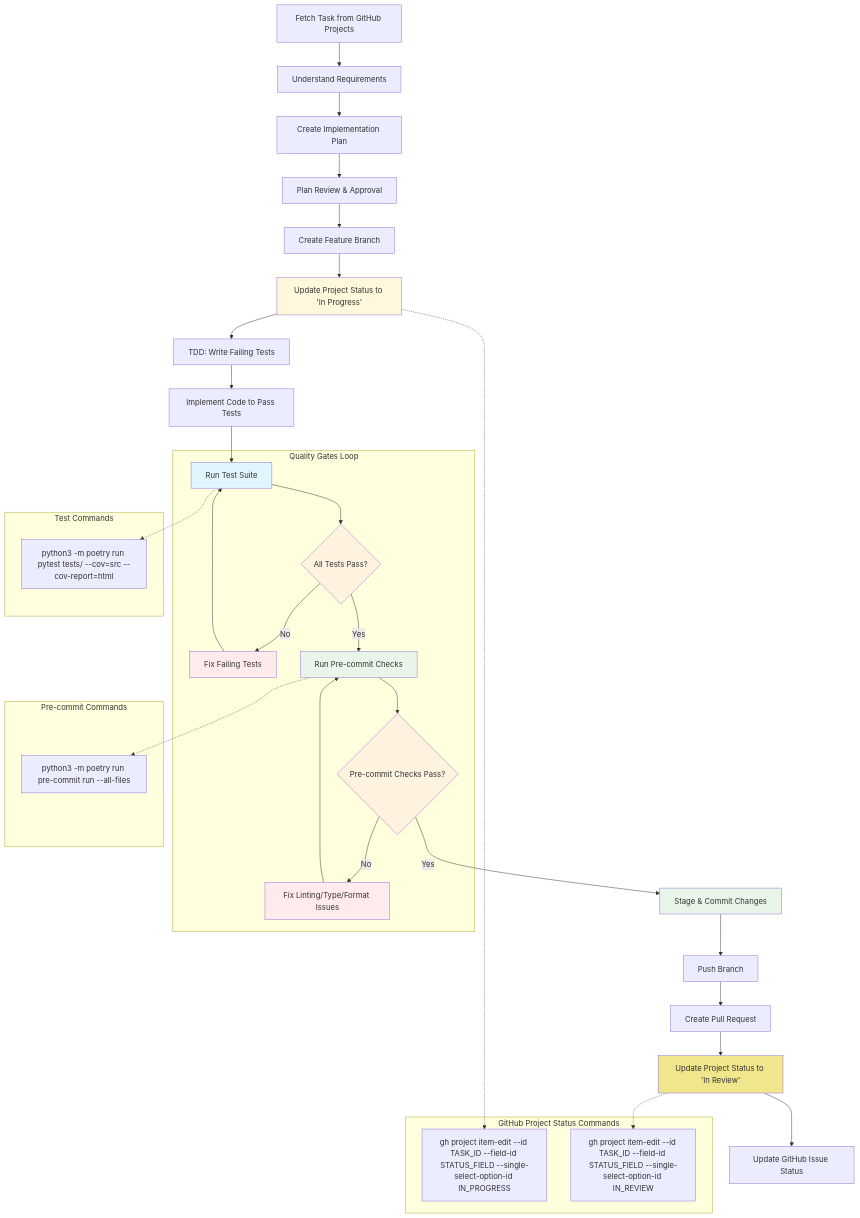
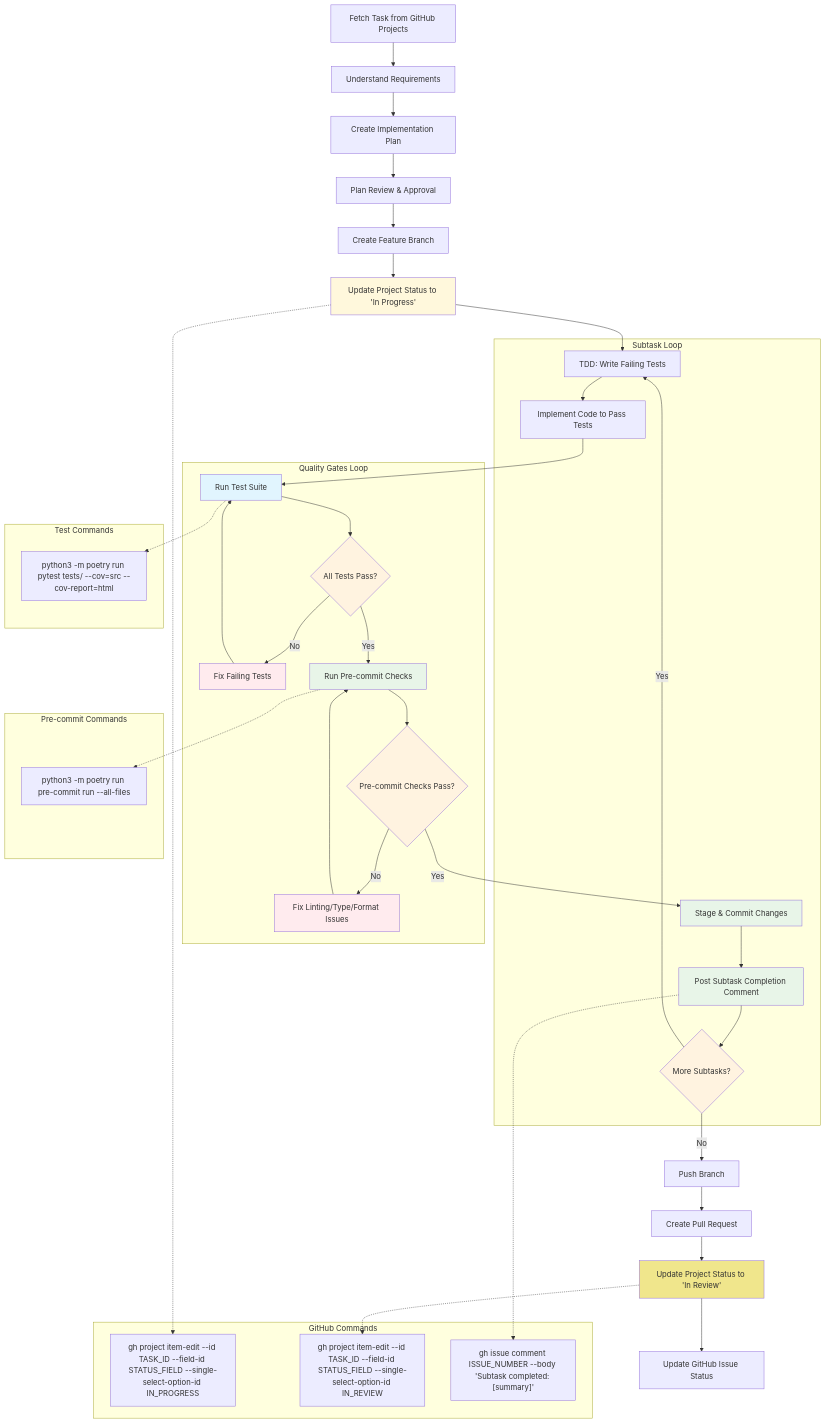
The diagram in CLAUDE.md (nhlongnguyen/mindbridge), drawn with Mermaid before and after one commit. The commit also changed other lines of this file and 28 other files, not shown here.

````diff
--- a/CLAUDE.md
+++ b/CLAUDE.md
@@ -445,10 +488,13 @@
     N --> L
     M -->|Yes| O[Stage & Commit Changes]
 
-    O --> P[Push Branch]
-    P --> Q[Create Pull Request]
-    Q --> R[Update Project Status to 'In Review']
-    R --> S[Update GitHub Issue Status]
+    O --> P[Post Subtask Completion Comment]
+    P --> Q{More Subtasks?}
+    Q -->|Yes| G
+    Q -->|No| R[Push Branch]
+    R --> S[Create Pull Request]
+    S --> T[Update Project Status to 'In Review']
+    T --> U[Update GitHub Issue Status]
 
     style I fill:#e1f5fe
     style J fill:#fff3e0
@@ -457,8 +503,10 @@
     style M fill:#fff3e0
     style N fill:#ffebee
     style O fill:#e8f5e8
+    style P fill:#e8f5e8
+    style Q fill:#fff3e0
     style F fill:#fff8dc
-    style R fill:#f0e68c
+    style T fill:#f0e68c
 
     subgraph "Quality Gates Loop"
         I
@@ -469,6 +517,20 @@
         N
     end
 
+    subgraph "Subtask Loop"
+        G
+        H
+        I
+        J
+        K
+        L
+        M
+        N
+        O
+        P
+        Q
+    end
+
     subgraph "Test Commands"
         T1["python3 -m poetry run pytest tests/ --cov=src --cov-report=html"]
     end
@@ -477,13 +539,15 @@
         P1["python3 -m poetry run pre-commit run --all-files"]
     end
 
-    subgraph "GitHub Project Status Commands"
+    subgraph "GitHub Commands"
         F1["gh project item-edit --id TASK_ID --field-id STATUS_FIELD --single-select-option-id IN_PROGRESS"]
-        R1["gh project item-edit --id TASK_ID --field-id STATUS_FIELD --single-select-option-id IN_REVIEW"]
+        T1_CMD["gh project item-edit --id TASK_ID --field-id STATUS_FIELD --single-select-option-id IN_REVIEW"]
+        P1_CMD["gh issue comment ISSUE_NUMBER --body 'Subtask completed: [summary]'"]
     end
 
     I -.-> T1
     L -.-> P1
     F -.-> F1
-    R -.-> R1
+    T -.-> T1_CMD
+    P -.-> P1_CMD
 ```
````
